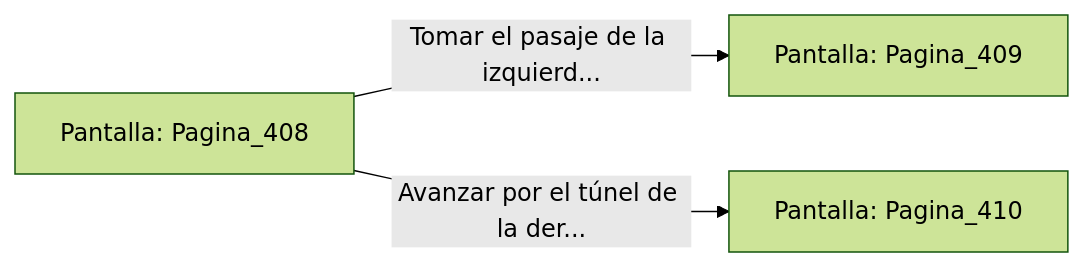
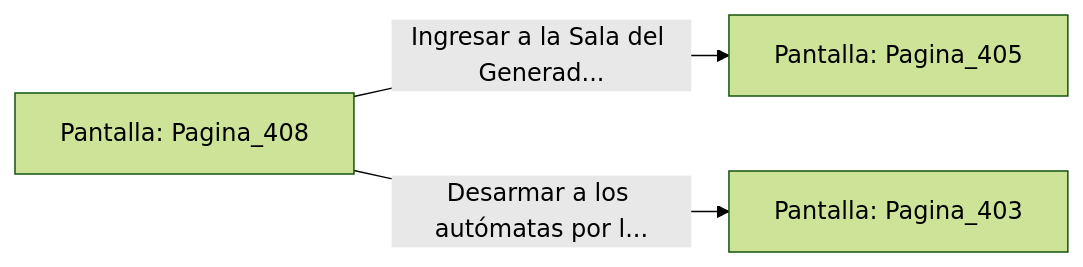
One commit to metsuke/mpl changed the diagram in sample/eligejuego-vault/Pantalla_Pagina_408.md. Above: the diagram before and after it, drawn with Mermaid (forest theme). The commit also changed other lines of this file and 635 other files, not shown here.

First line of the commit message:
fix: añadir Pagina_1 como pantalla inicial en capitulo_01.mpl

````diff
--- a/sample/eligejuego-vault/Pantalla_Pagina_408.md
+++ b/sample/eligejuego-vault/Pantalla_Pagina_408.md
@@ -20,6 +22,6 @@
 ```mermaid
 graph LR
     P_Pagina_408["Pantalla: Pagina_408"]
-    P_Pagina_408 -->|"Tomar el pasaje de la izquierd..."| P_Pagina_409["Pantalla: Pagina_409"]
-    P_Pagina_408 -->|"Avanzar por el túnel de la der..."| P_Pagina_410["Pantalla: Pagina_410"]
+    P_Pagina_408 -->|"Ingresar a la Sala del Generad..."| P_Pagina_405["Pantalla: Pagina_405"]
+    P_Pagina_408 -->|"Desarmar a los autómatas por l..."| P_Pagina_403["Pantalla: Pagina_403"]
 ```
````
